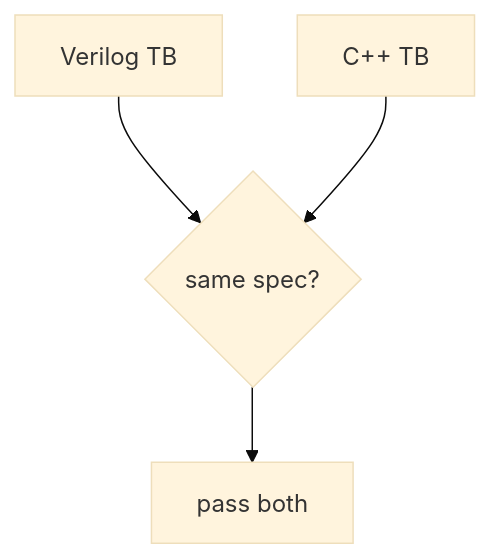
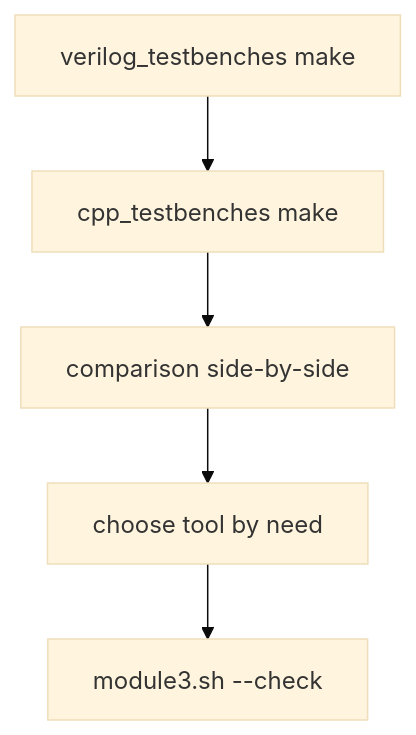
Before and after one commit to universal-verification-methodology/learn_verilator_iverilog: the diagram in media/module3/assets/diagrams/testing_methods.mmd, drawn with Mermaid (base theme). The commit also changed 1112 other files, not shown here.

```diff
--- a/media/module3/assets/diagrams/testing_methods.mmd
+++ b/media/module3/assets/diagrams/testing_methods.mmd
@@ -1,4 +1,5 @@
 flowchart TD
-  A[Verilog TB] --> C{same spec?}
-  B[C++ TB] --> C
-  C --> D[pass both]
+  VRUN[verilog_testbenches make] --> CRUN[cpp_testbenches make]
+  CRUN --> DIFF[comparison side-by-side]
+  DIFF --> PICK[choose tool by need]
+  PICK --> REG[module3.sh --check]
```
